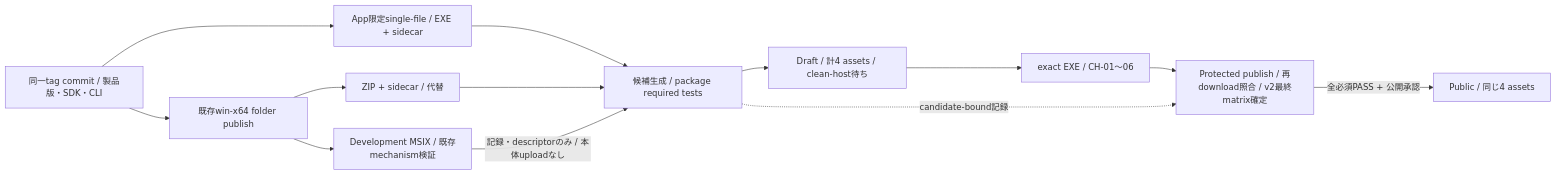
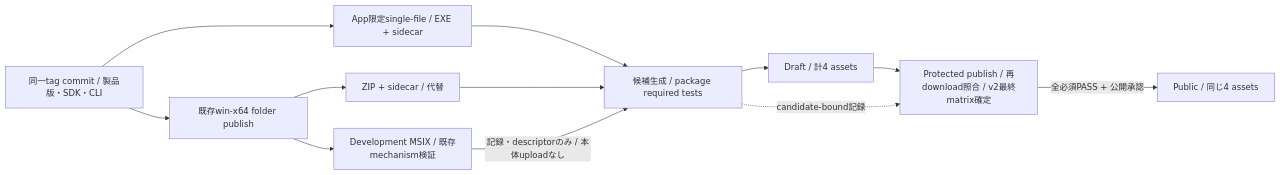
The fourth of 4 diagrams in dev/docs/architecture.md (dahatake/StudyReport-Evaluator), drawn with Mermaid before and after one commit. The commit also changed other lines of this file and 34 other files, not shown here.

````diff
--- a/dev/docs/architecture.md
+++ b/dev/docs/architecture.md
@@ -265,15 +263,14 @@
 ```mermaid
 flowchart LR
     Source[同一tag commit / 製品版・SDK・CLI] --> Single[App限定single-file / EXE + sidecar]
     Source --> WinPublish[既存win-x64 folder publish]
     WinPublish --> ZIP[ZIP + sidecar / 代替]
     WinPublish --> DevMSIX[Development MSIX / 既存mechanism検証]
     Single --> Candidate[候補生成 / package required tests]
     ZIP --> Candidate
     DevMSIX -->|記録・descriptorのみ / 本体uploadなし| Candidate
-    Candidate --> Draft[Draft / 計4 assets / clean-host待ち]
-    Draft --> CH[exact EXE / CH-01〜06]
-    CH --> Publish[Protected publish / 再download照合 / v2最終matrix確定]
+    Candidate --> Draft[Draft / 計4 assets]
+    Draft --> Publish[Protected publish / 再download照合 / v2最終matrix確定]
     Candidate -. candidate-bound記録 .-> Publish
     Publish -->|全必須PASS + 公開承認| Release[Public / 同じ4 assets]
 ```
````
